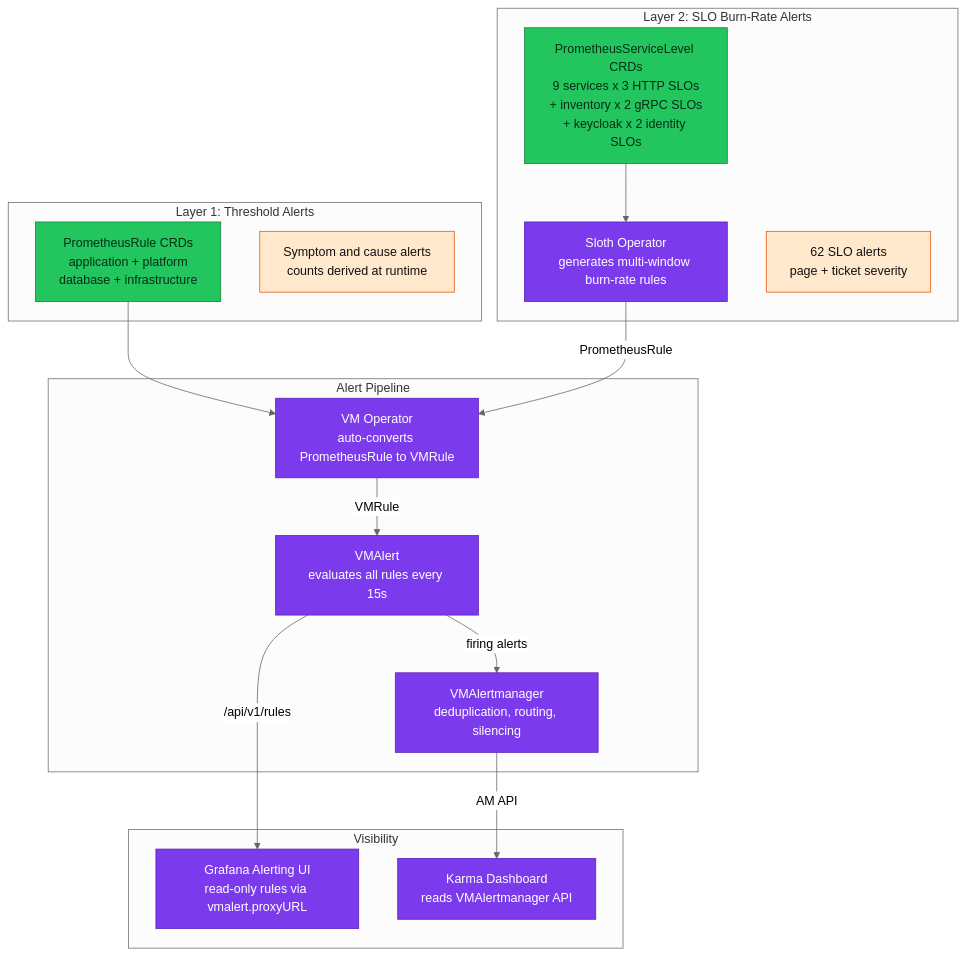
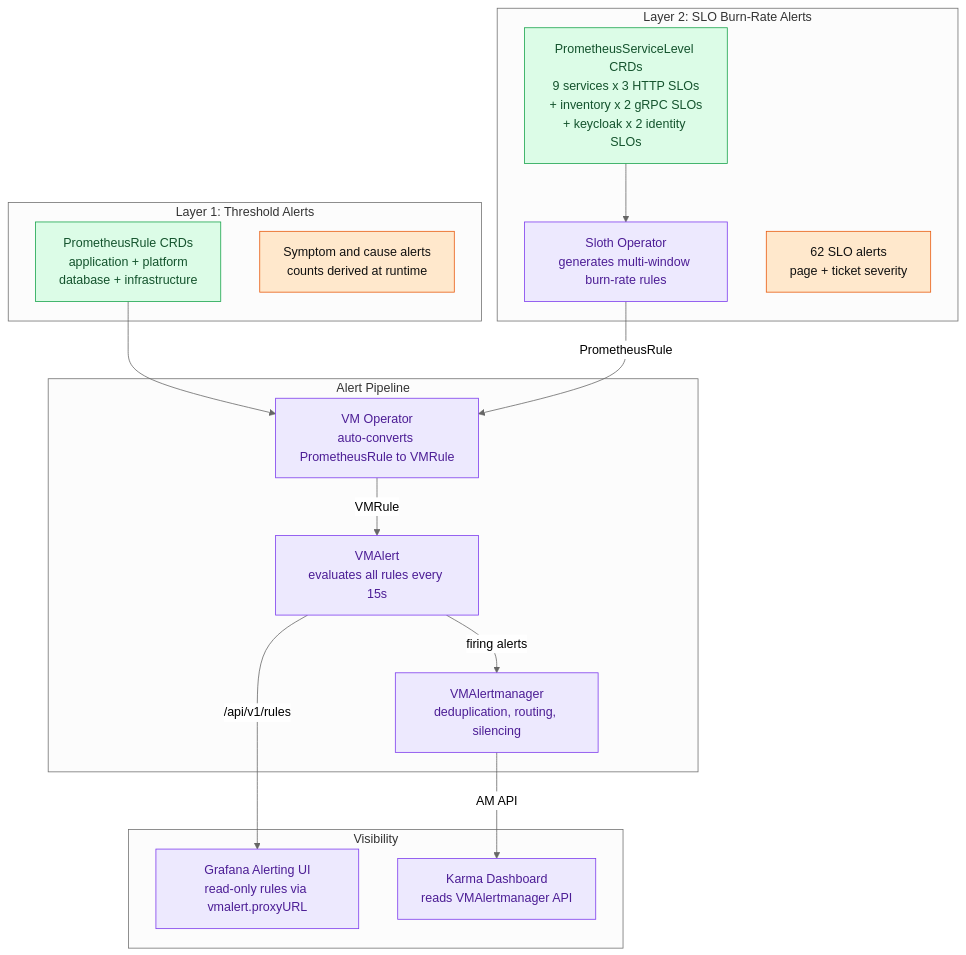
One commit to duynhlab/homelab changed the second of 3 diagrams in docs/observability/alerting/README.md. Above: the diagram before and after it, drawn with Mermaid (neutral theme). The commit also changed other lines of this file and 174 other files, not shown here.

First line of the commit message:
Soft-tint diagram palette, a signal-flow diagram, a Linux-ready Draw.io skill

````diff
--- a/docs/observability/alerting/README.md
+++ b/docs/observability/alerting/README.md
@@ -108,43 +108,43 @@
 ```mermaid
 flowchart TD
     subgraph layer1 ["Layer 1: Threshold Alerts"]
         PR1["PrometheusRule CRDs<br/>application + platform<br/>database + infrastructure"]
         T1["Symptom and cause alerts<br/>counts derived at runtime"]
     end
 
     subgraph layer2 ["Layer 2: SLO Burn-Rate Alerts"]
         PSL["PrometheusServiceLevel CRDs<br/>9 services x 3 HTTP SLOs<br/>+ inventory x 2 gRPC SLOs<br/>+ keycloak x 2 identity SLOs"]
         Sloth["Sloth Operator<br/>generates multi-window burn-rate rules"]
         T2["62 SLO alerts<br/>page + ticket severity"]
     end
 
     subgraph pipeline ["Alert Pipeline"]
         VMOp["VM Operator<br/>auto-converts PrometheusRule to VMRule"]
         VMAlert["VMAlert<br/>evaluates all rules every 15s"]
         VMAM["VMAlertmanager<br/>deduplication, routing, silencing"]
     end
 
     subgraph viz [Visibility]
         Grafana["Grafana Alerting UI<br/>read-only rules via vmalert.proxyURL"]
         Karma["Karma Dashboard<br/>reads VMAlertmanager API"]
     end
 
     PR1 --> VMOp
     PSL --> Sloth
     Sloth -->|"PrometheusRule"| VMOp
     VMOp -->|"VMRule"| VMAlert
     VMAlert -->|"firing alerts"| VMAM
     VMAlert -->|"/api/v1/rules"| Grafana
     VMAM -->|"AM API"| Karma
 
-    classDef service fill:#06b6d4,color:#082f49,stroke:#0e7490;
-    classDef platform fill:#7c3aed,color:#fff,stroke:#5b21b6;
-    classDef external fill:#64748b,color:#fff,stroke:#334155;
+    classDef service fill:#cffafe,color:#164e63,stroke:#0891b2;
+    classDef platform fill:#ede9fe,color:#4c1d95,stroke:#7c3aed;
+    classDef external fill:#f1f5f9,color:#334155,stroke:#64748b;
     classDef metric fill:#ffe8cc,color:#111,stroke:#e8590c;
-    classDef collector fill:#a5d8ff,color:#111,stroke:#1971c2;
-    classDef data fill:#22c55e,color:#052e16,stroke:#15803d;
+    classDef collector fill:#e0f2fe,color:#0c4a6e,stroke:#1971c2;
+    classDef data fill:#dcfce7,color:#14532d,stroke:#16a34a;
     classDef planned fill:#fff,color:#475569,stroke:#64748b,stroke-dasharray:5 5;
     class PR1,PSL data;
     class VMOp,Sloth,VMAlert,VMAM,Grafana,Karma platform;
     class T1,T2 metric;
 ```
````
